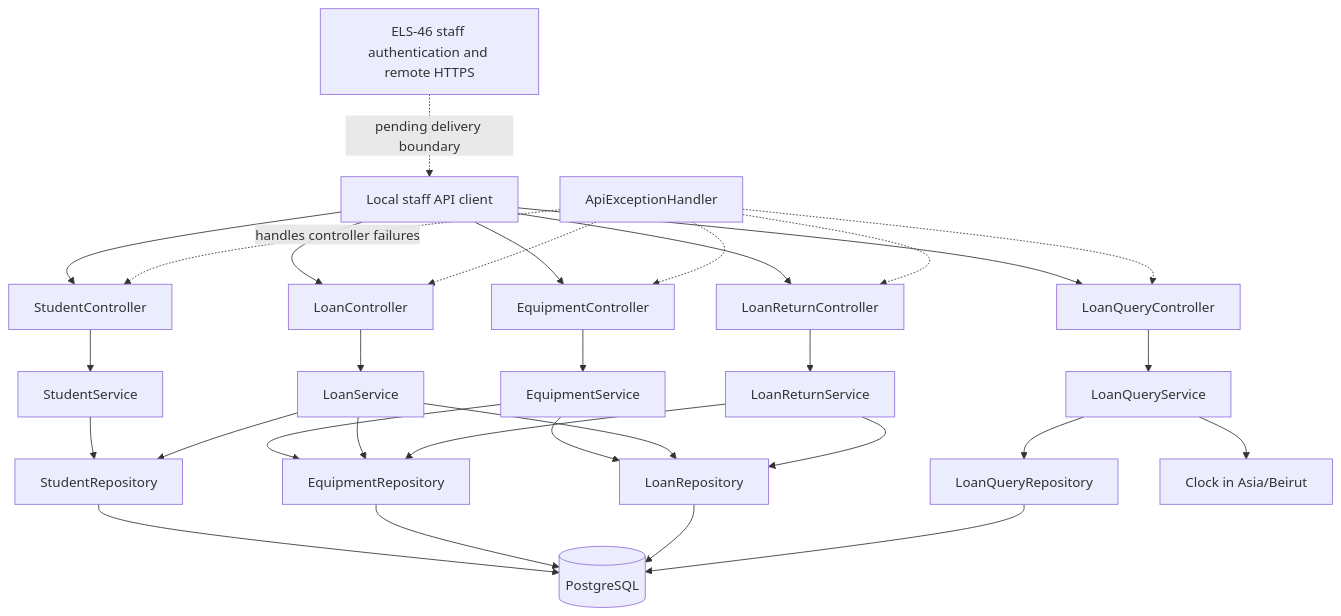
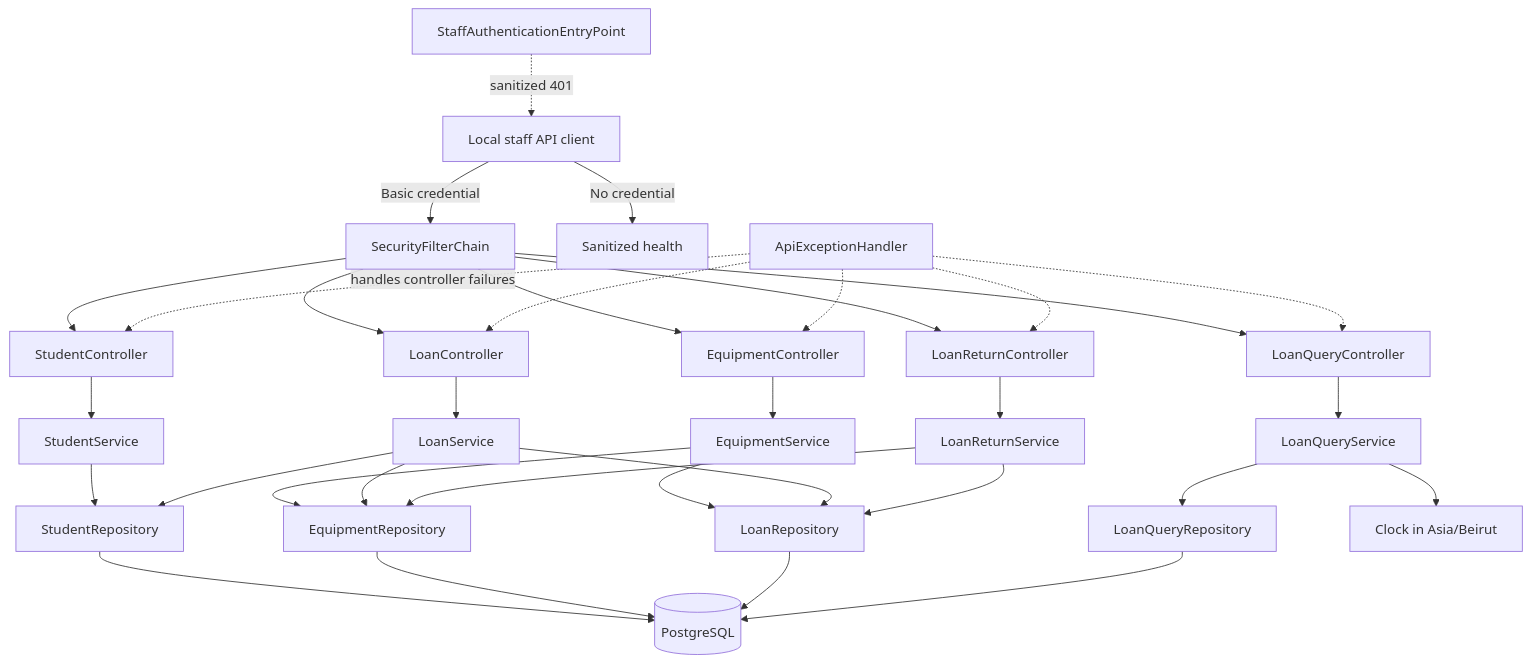
One commit to komayl-dbouk/Equipment-Lending-System changed the first of 6 diagrams in docs/design/architecture.md. Above: the diagram before and after it, drawn with Mermaid. The commit also changed other lines of this file and 25 other files, not shown here.

Commit message:
ELS-46 enforce staff access boundary

````diff
--- a/docs/design/architecture.md
+++ b/docs/design/architecture.md
@@ -16,36 +17,38 @@
 ```mermaid
 flowchart TB
-  Client[Local staff API client] --> StudentC[StudentController]
-  Client --> EquipmentC[EquipmentController]
-  Client --> LoanC[LoanController]
-  Client --> ReturnC[LoanReturnController]
-  Client --> QueryC[LoanQueryController]
+  Client[Local staff API client] -->|Basic credential| Security[SecurityFilterChain]
+  Client -->|No credential| Health[Sanitized health]
+  Security --> StudentC[StudentController]
+  Security --> EquipmentC[EquipmentController]
+  Security --> LoanC[LoanController]
+  Security --> ReturnC[LoanReturnController]
+  Security --> QueryC[LoanQueryController]
+  Entry[StaffAuthenticationEntryPoint] -. sanitized 401 .-> Client
 
   StudentC --> StudentS[StudentService]
   EquipmentC --> EquipmentS[EquipmentService]
   LoanC --> LoanS[LoanService]
   ReturnC --> ReturnS[LoanReturnService]
   QueryC --> QueryS[LoanQueryService]
 
   StudentS --> StudentR[StudentRepository]
   EquipmentS --> EquipmentR[EquipmentRepository]
   EquipmentS --> LoanR[LoanRepository]
   LoanS --> StudentR
   LoanS --> EquipmentR
   LoanS --> LoanR
   ReturnS --> EquipmentR
   ReturnS --> LoanR
   QueryS --> QueryR[LoanQueryRepository]
   QueryS --> Clock[Clock in Asia/Beirut]
 
   StudentR --> DB[(PostgreSQL)]
   EquipmentR --> DB
   LoanR --> DB
   QueryR --> DB
   Errors[ApiExceptionHandler] -. handles controller failures .-> StudentC
   Errors -.-> EquipmentC
   Errors -.-> LoanC
   Errors -.-> ReturnC
   Errors -.-> QueryC
-  Pending[ELS-46 staff authentication and remote HTTPS] -. pending delivery boundary .-> Client
 ```
````
